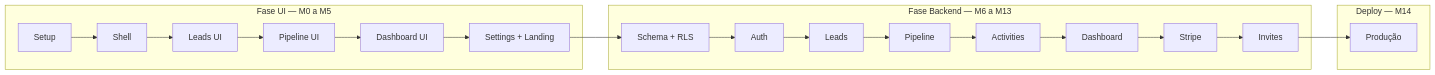
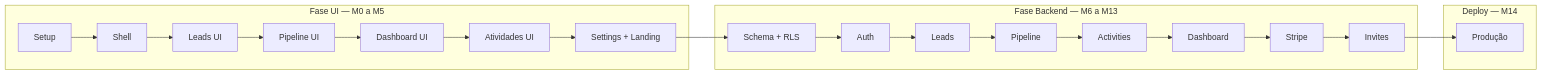
The diagram in Docs/PLAN.md (JaimeSilvaDataEngineer/Pipeflow), drawn with Mermaid before and after one commit. The commit also changed other lines of this file, not shown here.

First line of the commit message:
docs: split M4 into M4a (dashboard) and M4b (activities) milestones

````diff
--- a/Docs/PLAN.md
+++ b/Docs/PLAN.md
@@ -363,25 +377,26 @@
 ```mermaid
 flowchart LR
   subgraph ui [Fase UI — M0 a M5]
     M0[Setup] --> M1[Shell]
     M1 --> M2[Leads UI]
     M2 --> M3[Pipeline UI]
-    M3 --> M4[Dashboard UI]
-    M4 --> M5[Settings + Landing]
+    M3 --> M4a[Dashboard UI]
+    M4a --> M4b[Atividades UI]
+    M4b --> M5[Settings + Landing]
   end
 
   subgraph backend [Fase Backend — M6 a M13]
     M5 --> M6[Schema + RLS]
     M6 --> M7[Auth]
     M7 --> M8[Leads]
     M8 --> M9[Pipeline]
     M9 --> M10[Activities]
     M10 --> M11[Dashboard]
     M11 --> M12[Stripe]
     M12 --> M13[Invites]
   end
 
   subgraph deploy [Deploy — M14]
     M13 --> M14[Produção]
   end
 ```
````
